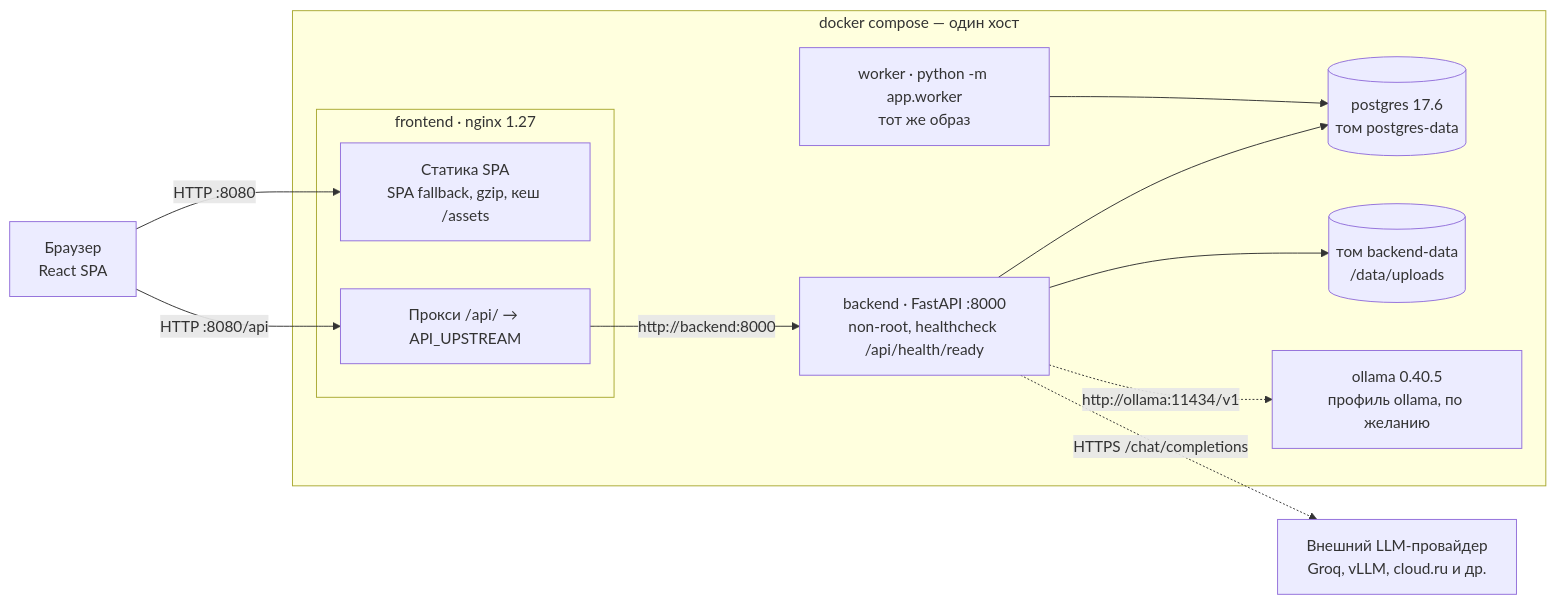
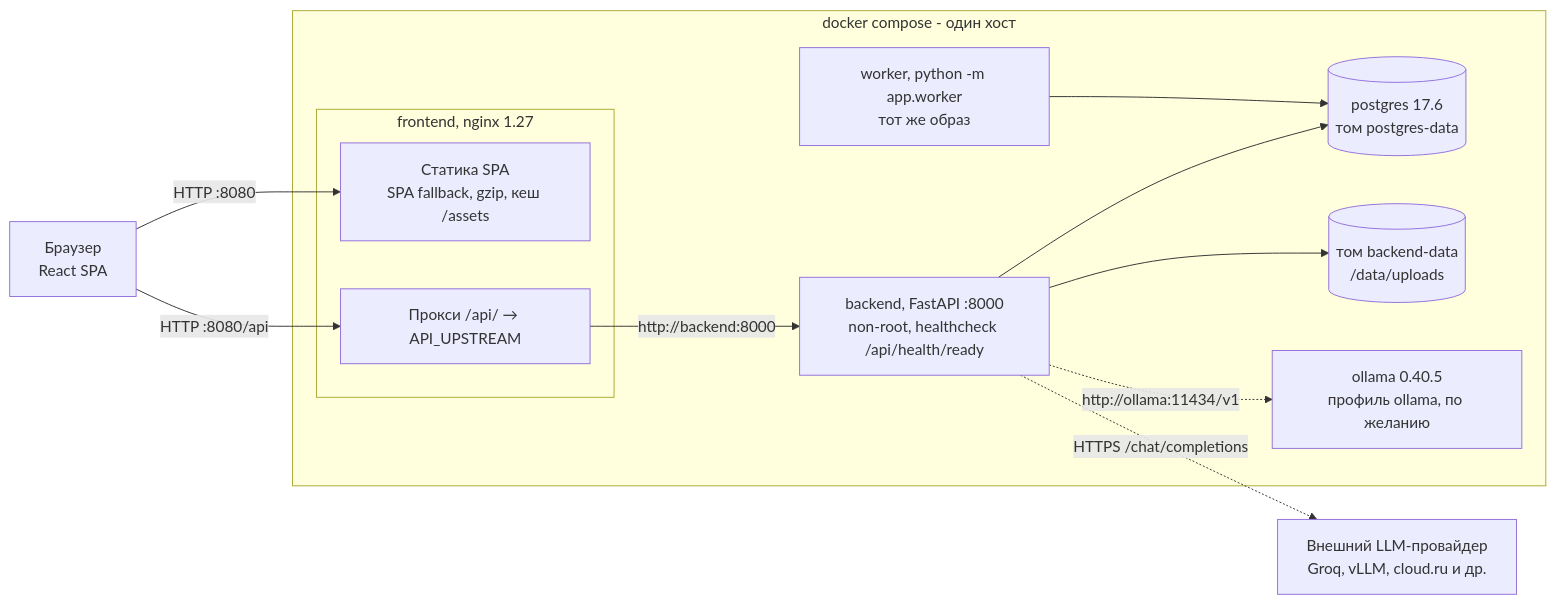
The second of 8 diagrams in docs/architecture.md (hugecatdev/alpharay), drawn with Mermaid before and after one commit. The commit also changed other lines of this file and 49 other files, not shown here.

````diff
--- a/docs/architecture.md
+++ b/docs/architecture.md
@@ -39,27 +35,27 @@
 ```mermaid
 flowchart LR
     browser["Браузер<br/>React SPA"]
 
-    subgraph host["docker compose — один хост"]
-        subgraph fe["frontend · nginx 1.27"]
+    subgraph host["docker compose - один хост"]
+        subgraph fe["frontend, nginx 1.27"]
             static["Статика SPA<br/>SPA fallback, gzip, кеш /assets"]
             proxy["Прокси /api/ → API_UPSTREAM"]
         end
-        api["backend · FastAPI :8000<br/>non-root, healthcheck /api/health/ready"]
-        worker["worker · python -m app.worker<br/>тот же образ"]
+        api["backend, FastAPI :8000<br/>non-root, healthcheck /api/health/ready"]
+        worker["worker, python -m app.worker<br/>тот же образ"]
         pg[("postgres 17.6<br/>том postgres-data")]
         files[("том backend-data<br/>/data/uploads")]
         ollama["ollama 0.40.5<br/>профиль ollama, по желанию"]
     end
 
     cloud["Внешний LLM-провайдер<br/>Groq, vLLM, cloud.ru и др."]
 
     browser -->|"HTTP :8080"| static
     browser -->|"HTTP :8080/api"| proxy
     proxy -->|"http://backend:8000"| api
     api --> pg
     worker --> pg
     api --> files
     api -.->|"HTTPS /chat/completions"| cloud
     api -.->|"http://ollama:11434/v1"| ollama
 ```
````
